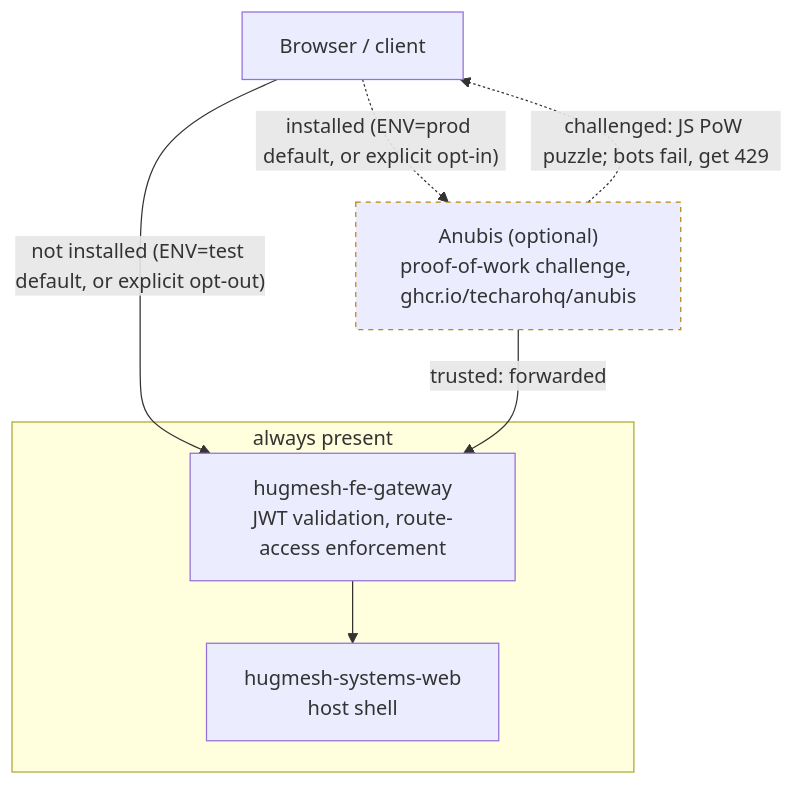
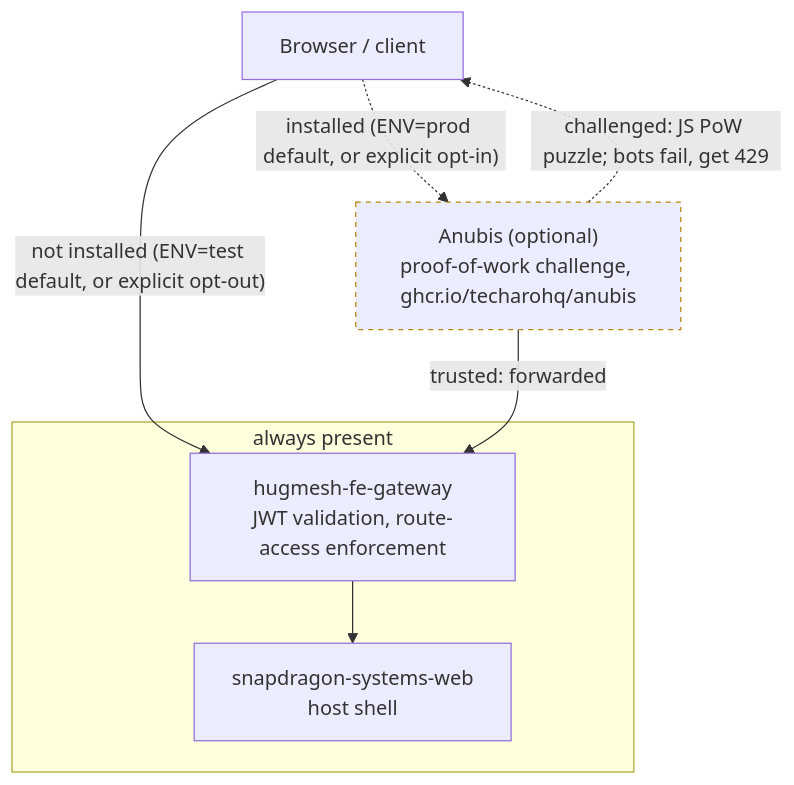
One commit to hugmesh/hugmesh-fe-gateway changed the third of 3 diagrams in README.md. Above: the diagram before and after it, drawn with Mermaid. The commit also changed other lines of this file, not shown here.

````diff
--- a/README.md
+++ b/README.md
@@ -393,21 +412,21 @@
 ```mermaid
 flowchart TD
     client["Browser / client"]
     anubis["Anubis (optional)<br/>proof-of-work challenge, ghcr.io/techarohq/anubis"]
     feg["hugmesh-fe-gateway<br/>JWT validation, route-access enforcement"]
-    web["hugmesh-systems-web<br/>host shell"]
+    web["snapdragon-systems-web<br/>host shell"]
 
     client -.->|"installed (ENV=prod default, or explicit opt-in)"| anubis
     client -->|"not installed (ENV=test default, or explicit opt-out)"| feg
     anubis -->|"trusted: forwarded"| feg
     anubis -.->|"challenged: JS PoW puzzle; bots fail, get 429"| client
     feg --> web
 
     subgraph shipped["always present"]
         feg
         web
     end
 
     classDef optional stroke-dasharray:4,stroke:#b8860b
     class anubis optional
 ```
````
